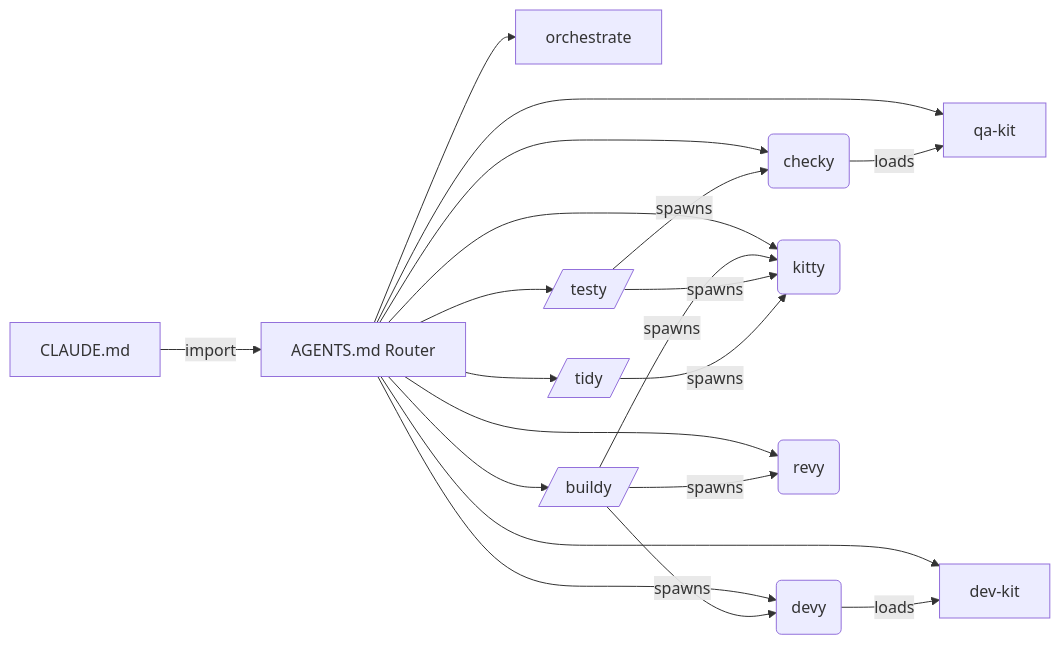
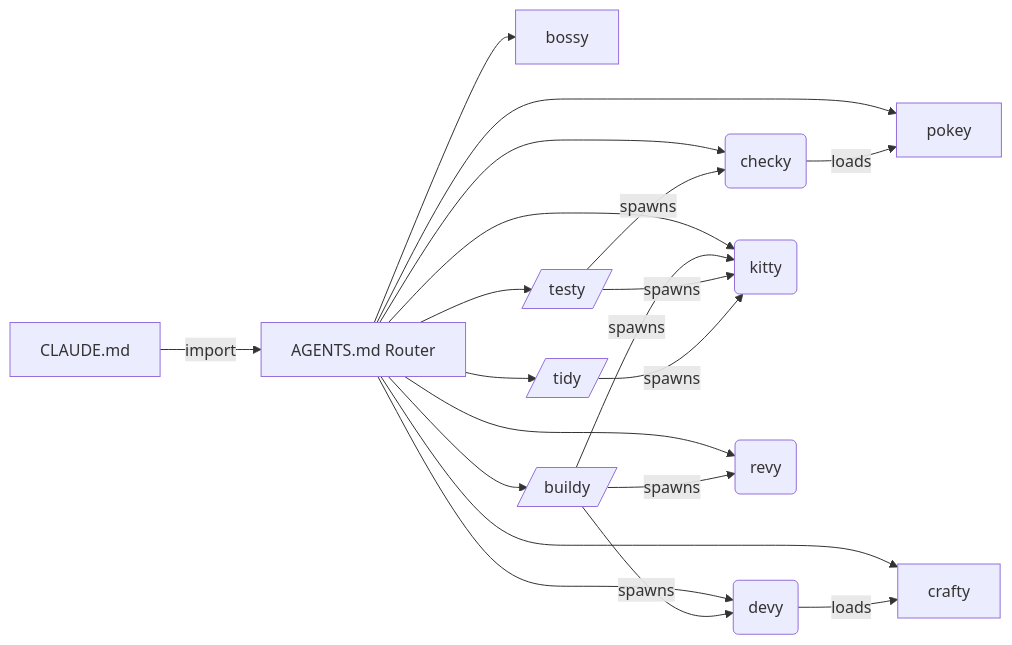
The third of 6 diagrams in README.md (prskid1000/claude-crew), drawn with Mermaid before and after one commit. The commit also changed other lines of this file and 61 other files, not shown here.

First line of the commit message:
refactor(kit)!: rename skills, scripts and extras

````diff
--- a/README.md
+++ b/README.md
@@ -278,32 +278,32 @@
 ```mermaid
 flowchart LR
   CLAUDE_md["CLAUDE.md"] -->|"import"| AGENTS_md["AGENTS.md Router"]
   agents_checky_md("checky")
   agents_devy_md("devy")
   agents_kitty_md("kitty")
   agents_revy_md("revy")
-  skills_dev_kit_SKILL_md["dev-kit"]
-  skills_orchestrate_SKILL_md["orchestrate"]
-  skills_qa_kit_SKILL_md["qa-kit"]
+  skills_bossy_SKILL_md["bossy"]
+  skills_crafty_SKILL_md["crafty"]
+  skills_pokey_SKILL_md["pokey"]
   workflows_buildy_js[/"buildy"/]
   workflows_testy_js[/"testy"/]
   workflows_tidy_js[/"tidy"/]
   AGENTS_md --> agents_checky_md
   AGENTS_md --> agents_devy_md
   AGENTS_md --> agents_kitty_md
   AGENTS_md --> agents_revy_md
-  AGENTS_md --> skills_dev_kit_SKILL_md
-  AGENTS_md --> skills_orchestrate_SKILL_md
-  AGENTS_md --> skills_qa_kit_SKILL_md
+  AGENTS_md --> skills_bossy_SKILL_md
+  AGENTS_md --> skills_crafty_SKILL_md
+  AGENTS_md --> skills_pokey_SKILL_md
   AGENTS_md --> workflows_buildy_js
   AGENTS_md --> workflows_testy_js
   AGENTS_md --> workflows_tidy_js
   workflows_buildy_js -->|"spawns"| agents_devy_md
   workflows_buildy_js -->|"spawns"| agents_kitty_md
   workflows_buildy_js -->|"spawns"| agents_revy_md
   workflows_testy_js -->|"spawns"| agents_checky_md
   workflows_testy_js -->|"spawns"| agents_kitty_md
   workflows_tidy_js -->|"spawns"| agents_kitty_md
-  agents_checky_md -->|"loads"| skills_qa_kit_SKILL_md
-  agents_devy_md -->|"loads"| skills_dev_kit_SKILL_md
+  agents_checky_md -->|"loads"| skills_pokey_SKILL_md
+  agents_devy_md -->|"loads"| skills_crafty_SKILL_md
 ```
````
